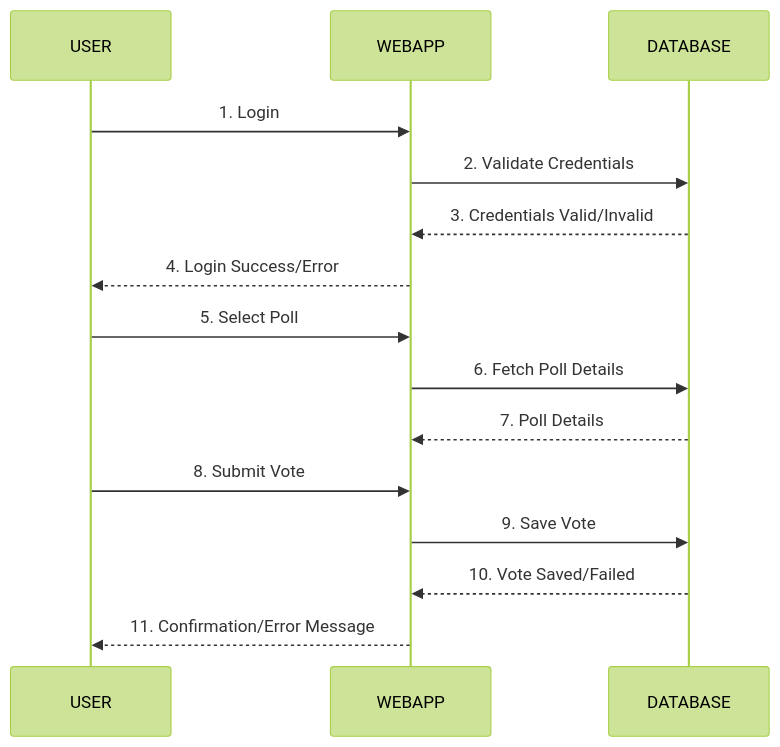
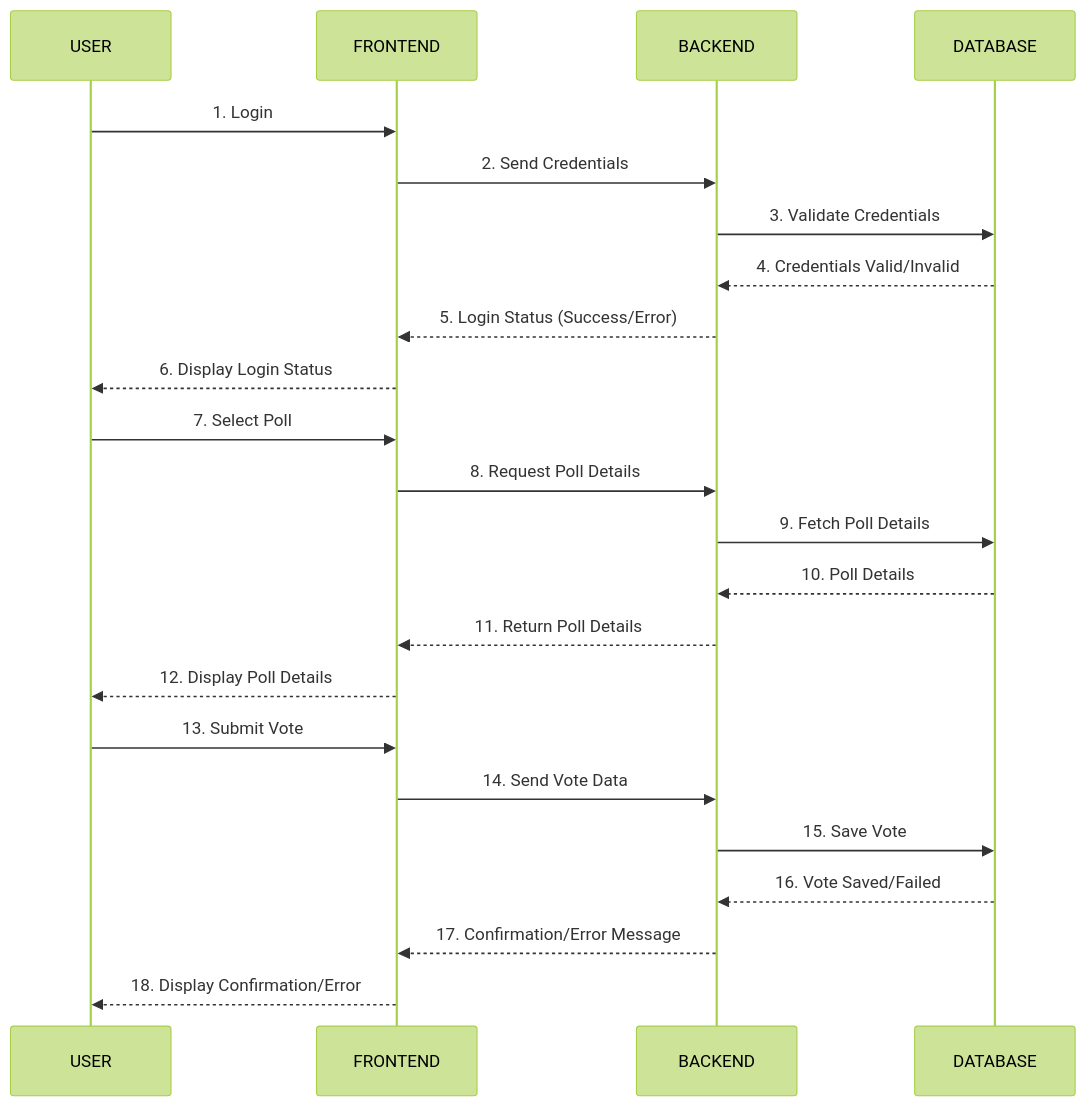
The second of 2 diagrams in README.md (Patr0sss/VoteVision_IO), drawn with Mermaid (forest theme) before and after one commit.

Commit message:
Update UML

````diff
--- a/README.md
+++ b/README.md
@@ -140,21 +140,28 @@
 ```mermaid
 sequenceDiagram
     participant USER
-    participant WEBAPP
+    participant FRONTEND
+    participant BACKEND
     participant DATABASE
 
-    USER->>WEBAPP: 1. Login
-    WEBAPP->>DATABASE: 2. Validate Credentials
-    DATABASE-->>WEBAPP: 3. Credentials Valid/Invalid
-    WEBAPP-->>USER: 4. Login Success/Error
+    USER->>FRONTEND: 1. Login
+    FRONTEND->>BACKEND: 2. Send Credentials
+    BACKEND->>DATABASE: 3. Validate Credentials
+    DATABASE-->>BACKEND: 4. Credentials Valid/Invalid
+    BACKEND-->>FRONTEND: 5. Login Status (Success/Error)
+    FRONTEND-->>USER: 6. Display Login Status
 
-    USER->>WEBAPP: 5. Select Poll
-    WEBAPP->>DATABASE: 6. Fetch Poll Details
-    DATABASE-->>WEBAPP: 7. Poll Details
+    USER->>FRONTEND: 7. Select Poll
+    FRONTEND->>BACKEND: 8. Request Poll Details
+    BACKEND->>DATABASE: 9. Fetch Poll Details
+    DATABASE-->>BACKEND: 10. Poll Details
+    BACKEND-->>FRONTEND: 11. Return Poll Details
+    FRONTEND-->>USER: 12. Display Poll Details
 
-    USER->>WEBAPP: 8. Submit Vote
-    WEBAPP->>DATABASE: 9. Save Vote
-    DATABASE-->>WEBAPP: 10. Vote Saved/Failed
-    WEBAPP-->>USER: 11. Confirmation/Error Message
-
+    USER->>FRONTEND: 13. Submit Vote
+    FRONTEND->>BACKEND: 14. Send Vote Data
+    BACKEND->>DATABASE: 15. Save Vote
+    DATABASE-->>BACKEND: 16. Vote Saved/Failed
+    BACKEND-->>FRONTEND: 17. Confirmation/Error Message
+    FRONTEND-->>USER: 18. Display Confirmation/Error
 ```
````
